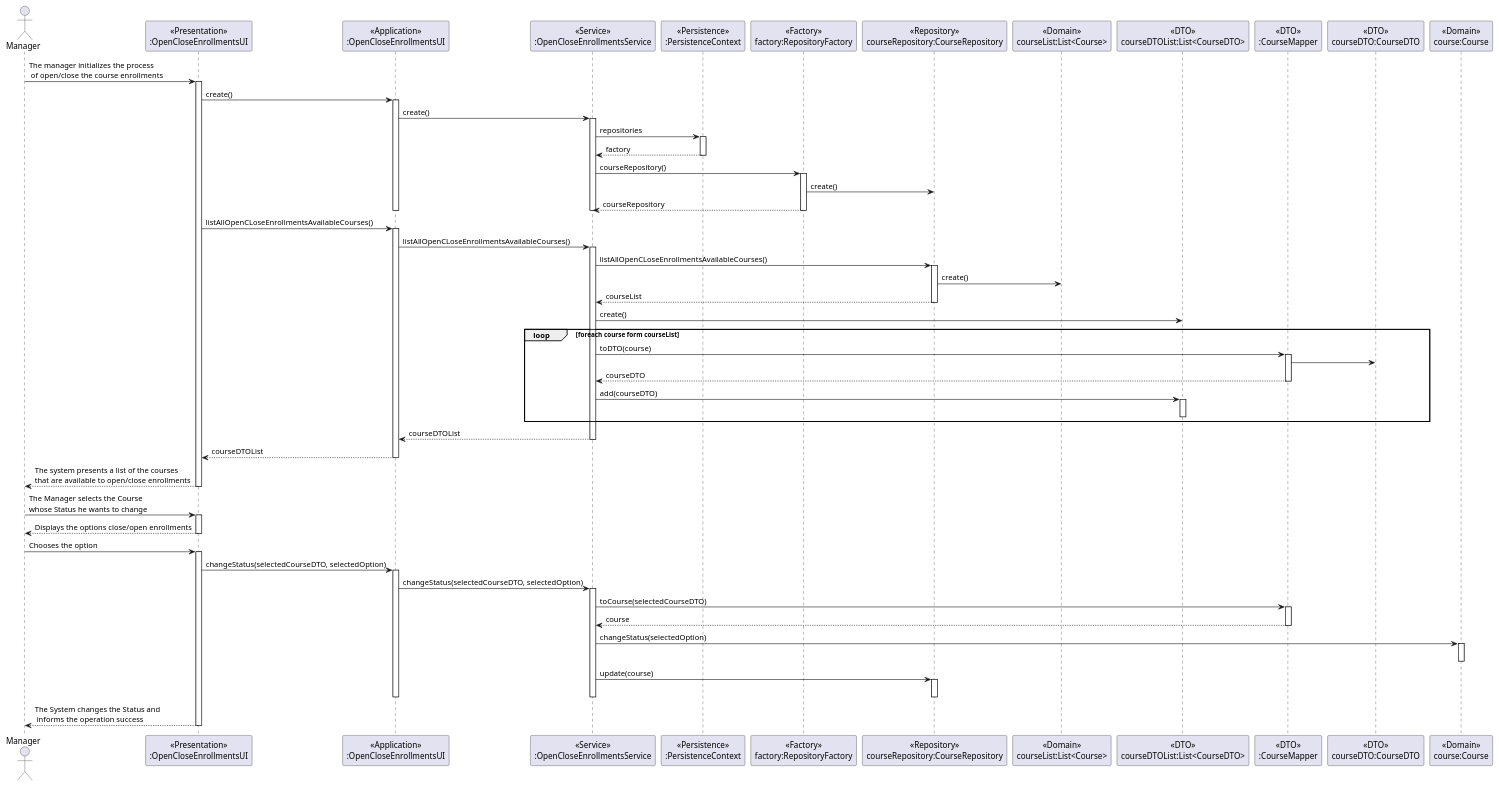
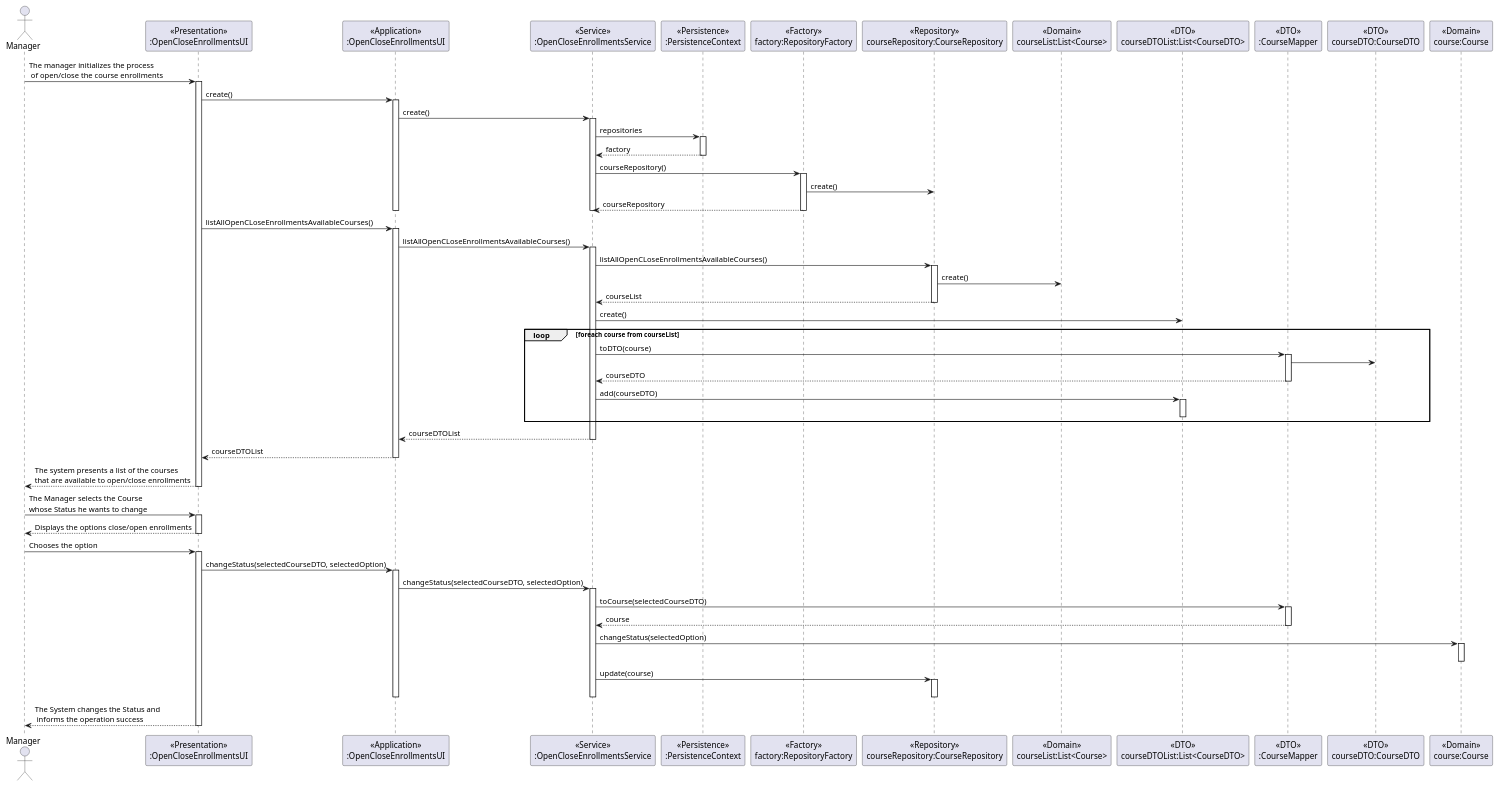
The diagram in docs/Sprint_B/US1003/US1003_SD.puml (Marco-Nobrega-Andrade/sem4pi_22_23), drawn with PlantUML before and after one commit. The commit also changed 2 other files, not shown here.

```diff
--- a/docs/Sprint_B/US1003/US1003_SD.puml
+++ b/docs/Sprint_B/US1003/US1003_SD.puml
@@ -1,83 +1,83 @@
 @startuml
 actor Manager as M
 participant "<<Presentation>>\n:OpenCloseEnrollmentsUI" as UI
 participant "<<Application>>\n:OpenCloseEnrollmentsUI" as CTRL
 participant "<<Service>>\n:OpenCloseEnrollmentsService" as OCESv
 participant "<<Persistence>>\n:PersistenceContext" as PC
 participant "<<Factory>>\nfactory:RepositoryFactory" as RF
 participant "<<Repository>>\ncourseRepository:CourseRepository" as CR
 participant "<<Domain>>\ncourseList:List<Course>" as CL
 participant "<<DTO>>\ncourseDTOList:List<CourseDTO>" as cDtoL
 participant "<<DTO>>\n:CourseMapper" as CM
 participant "<<DTO>>\ncourseDTO:CourseDTO" as cDTO
 participant "<<Domain>>\ncourse:Course" as C
 
 
 M -> UI : The manager initializes the process\n of open/close the course enrollments
 activate UI
 UI -> CTRL : create()
 activate CTRL
 CTRL -> OCESv : create()
 activate OCESv
 OCESv -> PC : repositories
 activate PC
 PC --> OCESv : factory
 deactivate PC
 OCESv -> RF : courseRepository()
 activate RF
 RF -> CR : create()
 RF --> OCESv: courseRepository
 deactivate RF
 deactivate OCESv
 deactivate CTRL
 UI -> CTRL : listAllOpenCLoseEnrollmentsAvailableCourses()
 activate CTRL
 CTRL -> OCESv : listAllOpenCLoseEnrollmentsAvailableCourses()
 activate OCESv
 OCESv -> CR : listAllOpenCLoseEnrollmentsAvailableCourses()
 activate CR
 CR -> CL : create()
 CR --> OCESv : courseList
 deactivate CR
 OCESv -> cDtoL : create()
-loop foreach course form courseList
+loop foreach course from courseList
 OCESv -> CM : toDTO(course)
 activate CM
 CM -> cDTO
 CM --> OCESv : courseDTO
 deactivate CM
 OCESv -> cDtoL : add(courseDTO)
 activate cDtoL
 deactivate cDtoL
 end loop
 OCESv --> CTRL : courseDTOList
 deactivate OCESv
 CTRL --> UI : courseDTOList
 deactivate CTRL
 UI --> M : The system presents a list of the courses \nthat are available to open/close enrollments
 deactivate UI
 M -> UI : The Manager selects the Course \nwhose Status he wants to change
 activate UI
 UI --> M : Displays the options close/open enrollments
 deactivate UI
 M -> UI : Chooses the option
 activate UI
 UI -> CTRL : changeStatus(selectedCourseDTO, selectedOption)
 activate CTRL
 CTRL -> OCESv : changeStatus(selectedCourseDTO, selectedOption)
 activate OCESv
 OCESv -> CM : toCourse(selectedCourseDTO)
 activate CM
 CM --> OCESv : course
 deactivate CM
 OCESv -> C : changeStatus(selectedOption)
 activate C
 deactivate C
 OCESv -> CR : update(course)
 activate CR
 deactivate CR
 deactivate OCESv
 deactivate CTRL
 UI --> M : The System changes the Status and\n informs the operation success
 deactivate UI
 @enduml
```
